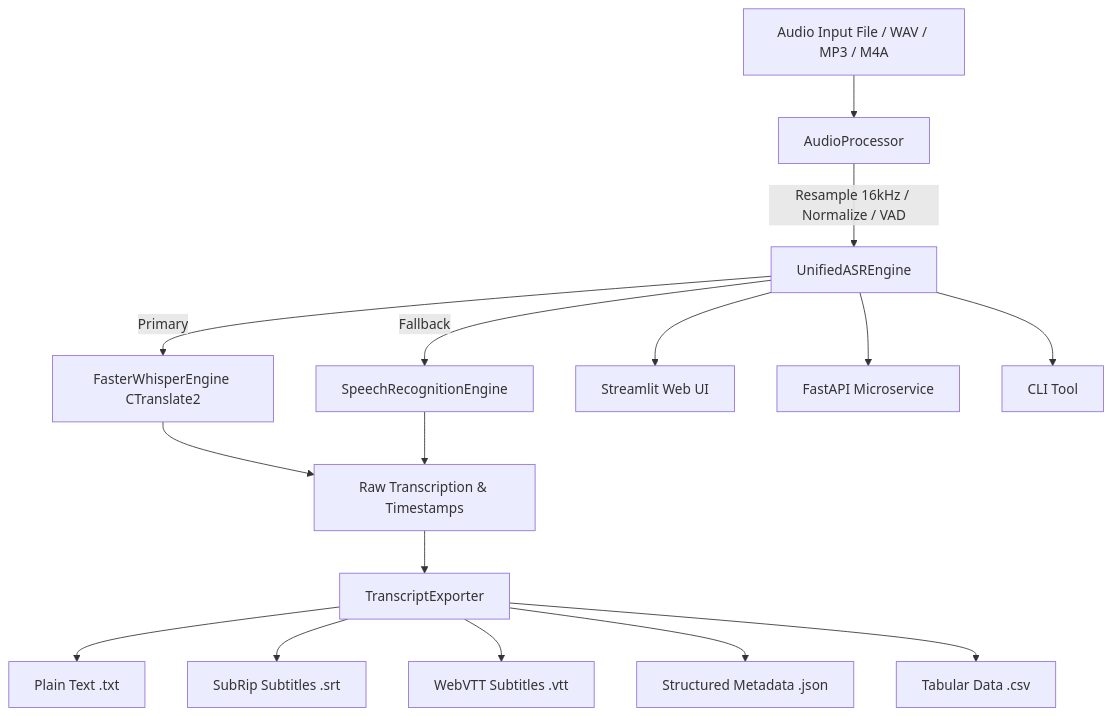
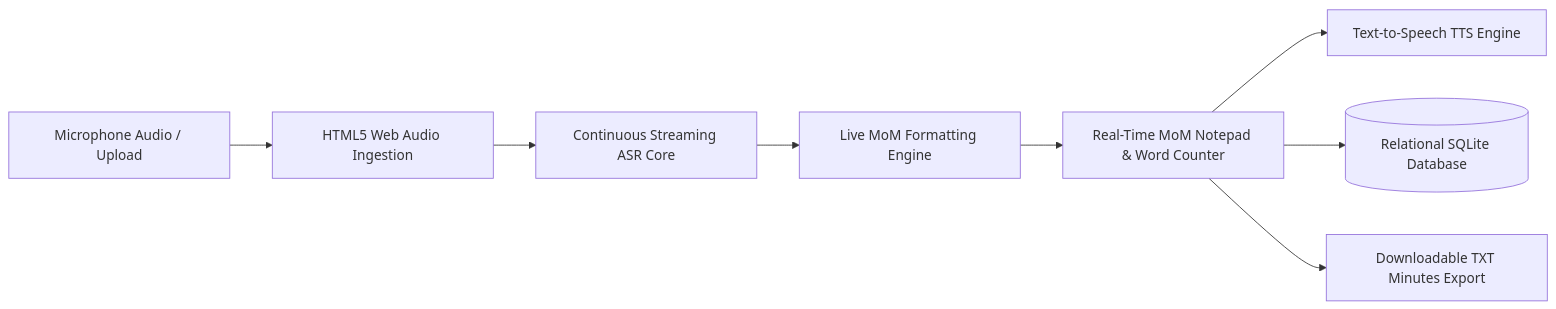
Before and after one commit to hariraman-24/asr-tool-implementation: the diagram in README.md, drawn with Mermaid. The commit also changed other lines of this file and 33 other files, not shown here.

Commit message:
feat: complete MeetBrief live meeting platform with real-time ASR, MoM timestamping, TTS, and video explanation

````diff
--- a/README.md
+++ b/README.md
@@ -44,23 +42,10 @@
 ```mermaid
-graph TD
-    A[Audio Input File / WAV / MP3 / M4A] --> B[AudioProcessor]
-    B -->|Resample 16kHz / Normalize / VAD| C[UnifiedASREngine]
-    
-    C -->|Primary| D[FasterWhisperEngine CTranslate2]
-    C -->|Fallback| E[SpeechRecognitionEngine]
-    
-    D --> F[Raw Transcription & Timestamps]
-    E --> F
-    
-    F --> G[TranscriptExporter]
-    
-    G --> H1[Plain Text .txt]
-    G --> H2[SubRip Subtitles .srt]
-    G --> H3[WebVTT Subtitles .vtt]
-    G --> H4[Structured Metadata .json]
-    G --> H5[Tabular Data .csv]
-    
-    C --> I[Streamlit Web UI]
-    C --> J[FastAPI Microservice]
-    C --> K[CLI Tool]
+graph LR
+    A[Microphone Audio / Upload] --> B[HTML5 Web Audio Ingestion]
+    B --> C[Continuous Streaming ASR Core]
+    C --> D[Live MoM Formatting Engine]
+    D --> E[Real-Time MoM Notepad & Word Counter]
+    E --> F[Text-to-Speech TTS Engine]
+    E --> G[(Relational SQLite Database)]
+    E --> H[Downloadable TXT Minutes Export]
 ```
````
